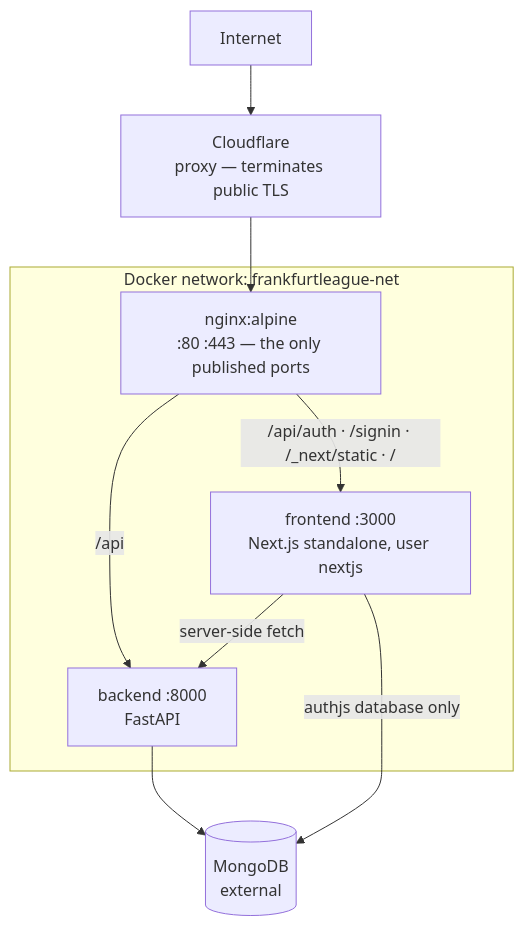
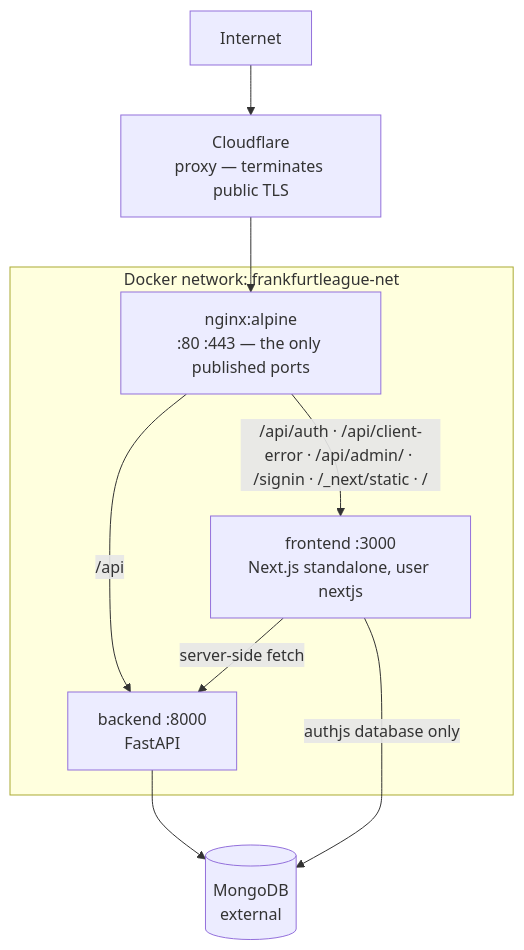
Before and after one commit to felzab/frankfurtleague: the diagram in docs/ops/overview.md, drawn with Mermaid. The commit also changed other lines of this file and 591 other files, not shown here.

````diff
--- a/docs/ops/overview.md
+++ b/docs/ops/overview.md
@@ -16,21 +17,21 @@
 ```mermaid
 graph TB
     internet["Internet"]
     cf["Cloudflare<br/>proxy — terminates public TLS"]
 
     subgraph net["Docker network: frankfurtleague-net"]
         nginx["nginx:alpine<br/>:80 :443 — the only published ports"]
         fe["frontend :3000<br/>Next.js standalone, user nextjs"]
         be["backend :8000<br/>FastAPI"]
     end
 
     mongo[("MongoDB<br/>external")]
 
     internet --> cf
     cf --> nginx
     nginx -->|"/api"| be
-    nginx -->|"/api/auth · /signin · /_next/static · /"| fe
+    nginx -->|"/api/auth · /api/client-error · /api/admin/ · /signin · /_next/static · /"| fe
     fe -->|"server-side fetch"| be
     fe -->|"authjs database only"| mongo
     be --> mongo
 ```
````
